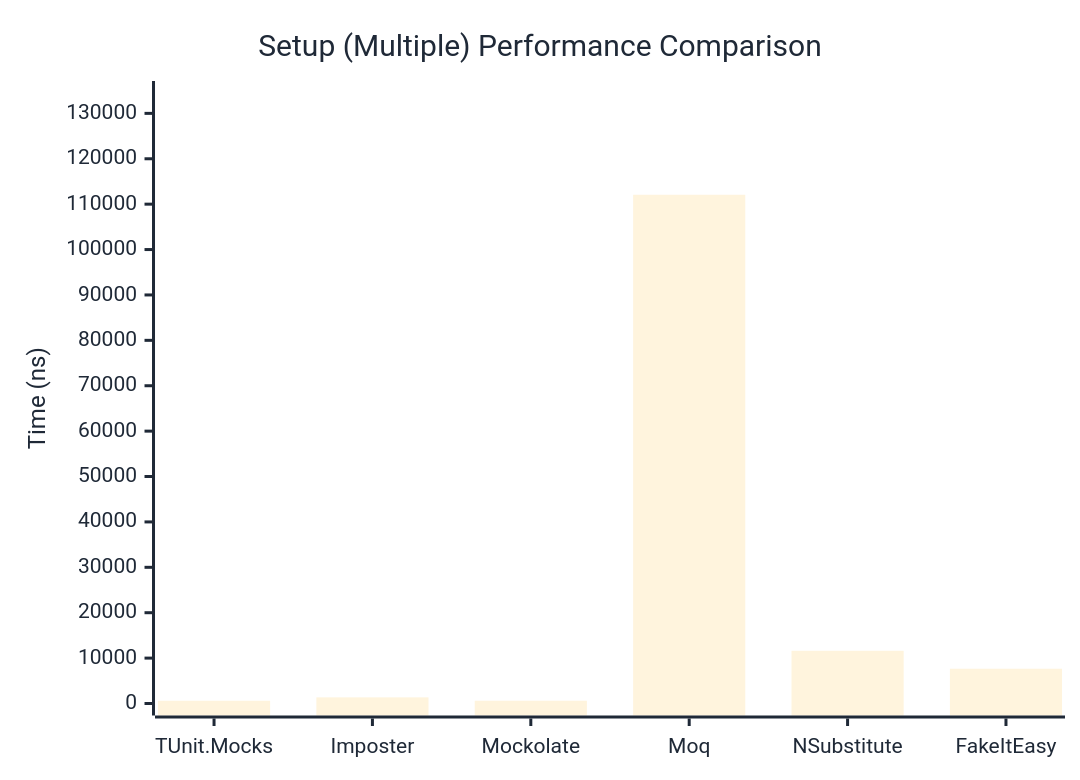
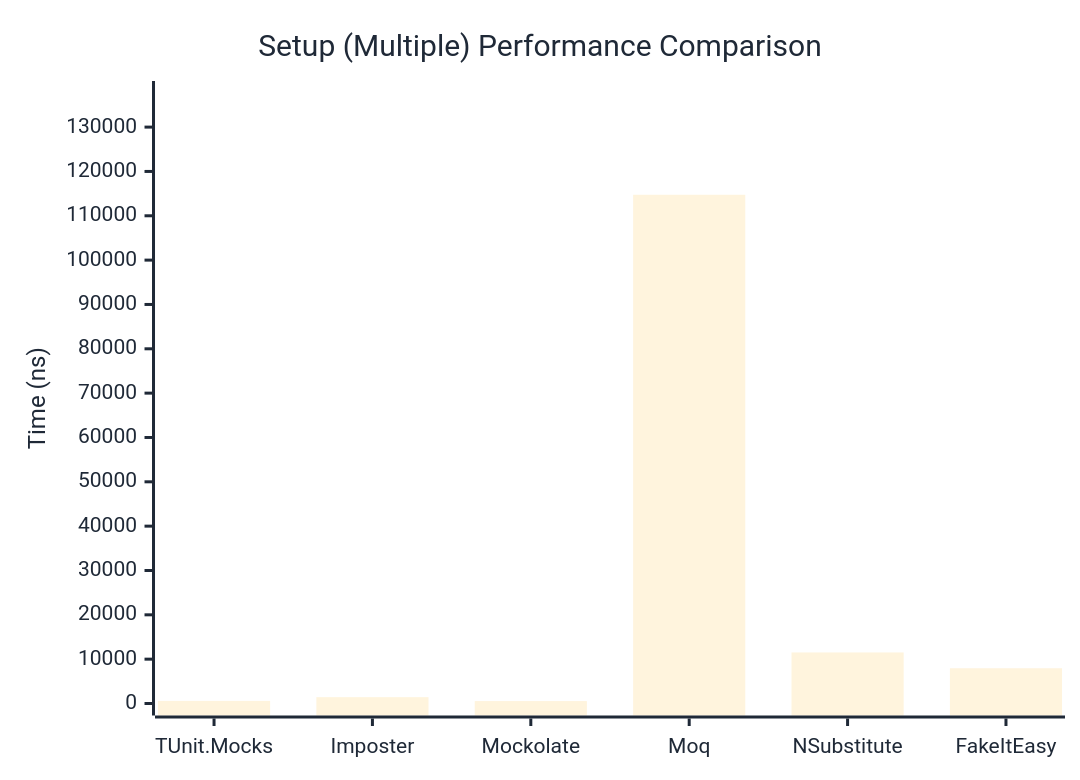
One commit to thomhurst/TUnit changed the second of 2 diagrams in docs/docs/benchmarks/mocks/Setup.md. Above: the diagram before and after it, drawn with Mermaid. The commit also changed other lines of this file and 14 other files, not shown here.

````diff
--- a/docs/docs/benchmarks/mocks/Setup.md
+++ b/docs/docs/benchmarks/mocks/Setup.md
@@ -69,27 +69,27 @@
 ```mermaid
 %%{init: {
   'theme':'base',
   'themeVariables': {
     'primaryColor': '#2563eb',
     'primaryTextColor': '#1f2937',
     'primaryBorderColor': '#1e40af',
     'lineColor': '#6b7280',
     'secondaryColor': '#7c3aed',
     'tertiaryColor': '#dc2626',
     'background': '#ffffff',
     'pie1': '#2563eb',
     'pie2': '#7c3aed',
     'pie3': '#dc2626',
     'pie4': '#f59e0b',
     'pie5': '#10b981',
     'pie6': '#06b6d4',
     'pie7': '#ec4899',
     'pie8': '#6366f1'
   }
 }}%%
 xychart-beta
   title "Setup (Multiple) Performance Comparison"
   x-axis ["TUnit.Mocks", "Imposter", "Mockolate", "Moq", "NSubstitute", "FakeItEasy"]
-  y-axis "Time (ns)" 0 --> 134487
-  bar [603.6, 1349.1, 607.9, 112072.3, 11610.9, 7661.8]
+  y-axis "Time (ns)" 0 --> 137692
+  bar [585.7, 1427.6, 546.8, 114742.7, 11512.2, 7952.6]
 ```
````
